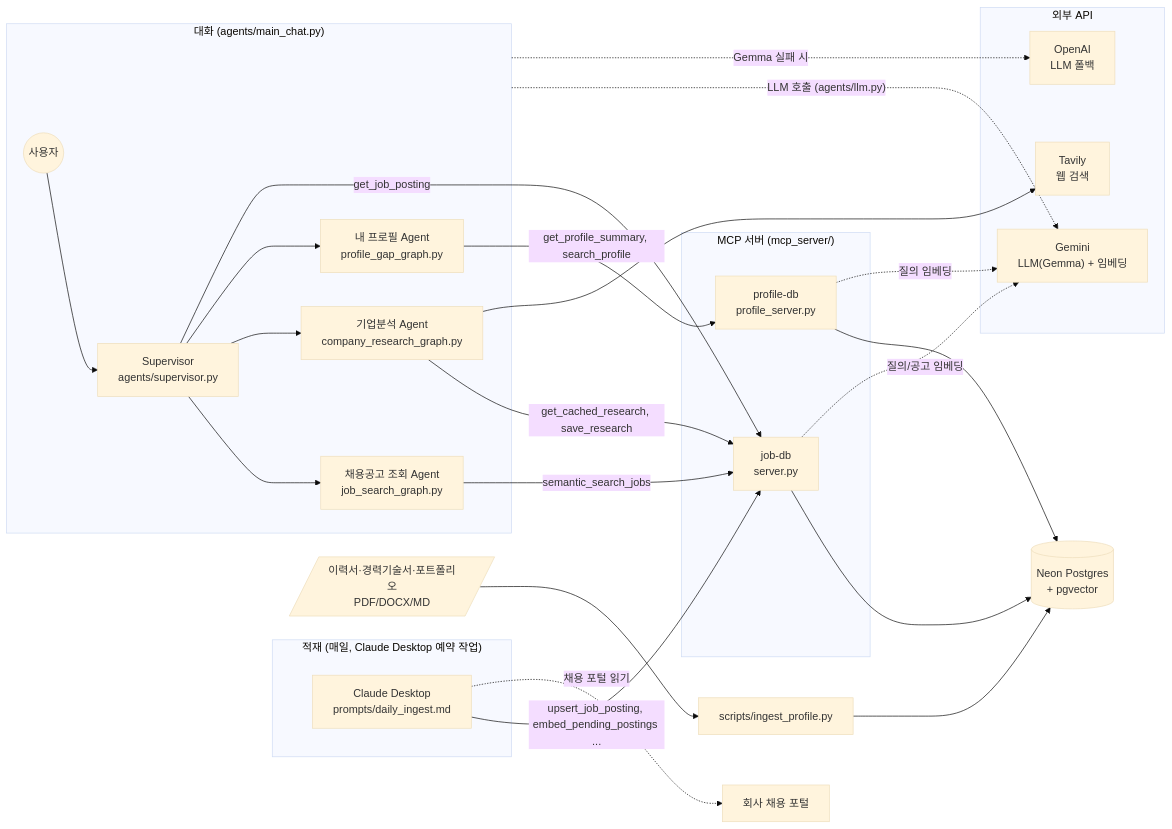
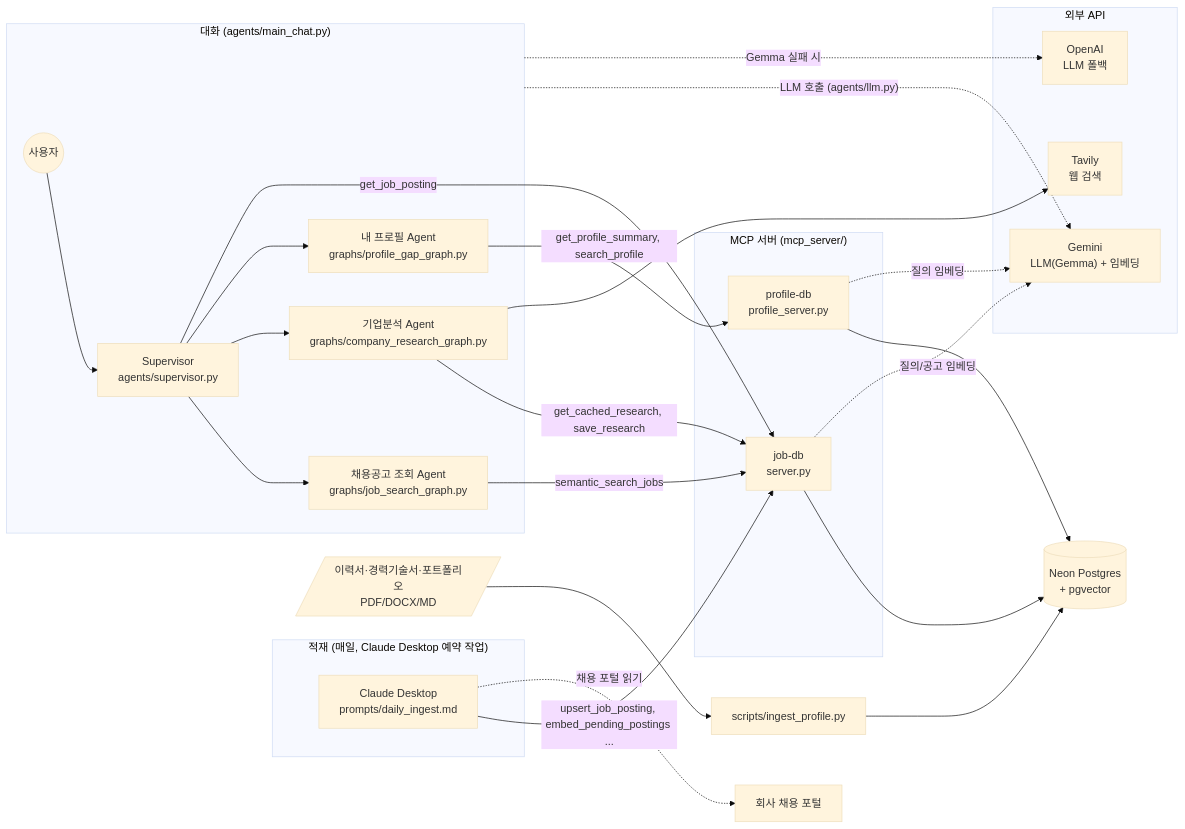
Before and after one commit to hymn-fly/recruit-posting-agent: the first of 5 diagrams in README.md, drawn with Mermaid (base theme). The commit also changed other lines of this file and 17 other files, not shown here.

First line of the commit message:
Agent 그래프를 agents/graphs/로 분리하고 Tavily 실패 로그 버그 수정

````diff
--- a/README.md
+++ b/README.md
@@ -76,43 +82,43 @@
 ```mermaid
 flowchart LR
     subgraph Ingest["적재 (매일, Claude Desktop 예약 작업)"]
         CD["Claude Desktop<br/>prompts/daily_ingest.md"]
     end
 
     subgraph Chat["대화 (agents/main_chat.py)"]
         U(("사용자")) --> SV["Supervisor<br/>agents/supervisor.py"]
-        SV --> JS["채용공고 조회 Agent<br/>job_search_graph.py"]
-        SV --> CR["기업분석 Agent<br/>company_research_graph.py"]
-        SV --> PG["내 프로필 Agent<br/>profile_gap_graph.py"]
+        SV --> JS["채용공고 조회 Agent<br/>graphs/job_search_graph.py"]
+        SV --> CR["기업분석 Agent<br/>graphs/company_research_graph.py"]
+        SV --> PG["내 프로필 Agent<br/>graphs/profile_gap_graph.py"]
     end
 
     subgraph MCP["MCP 서버 (mcp_server/)"]
         JDB["job-db<br/>server.py"]
         PDB["profile-db<br/>profile_server.py"]
     end
 
     subgraph Ext["외부 API"]
         GEM["Gemini<br/>LLM(Gemma) + 임베딩"]
         OAI["OpenAI<br/>LLM 폴백"]
         TAV["Tavily<br/>웹 검색"]
     end
 
     DB[("Neon Postgres<br/>+ pgvector")]
     SCR["scripts/ingest_profile.py"]
     FILES[/"이력서·경력기술서·포트폴리오<br/>PDF/DOCX/MD"/]
 
     CD -- "upsert_job_posting, embed_pending_postings ..." --> JDB
     CD -. "채용 포털 읽기" .-> WEB["회사 채용 포털"]
     JS -- semantic_search_jobs --> JDB
     CR -- "get_cached_research, save_research" --> JDB
     CR --> TAV
     PG -- "get_profile_summary, search_profile" --> PDB
     SV -- "get_job_posting" --> JDB
     FILES --> SCR --> DB
     JDB --> DB
     PDB --> DB
     JDB -. "질의/공고 임베딩" .-> GEM
     PDB -. "질의 임베딩" .-> GEM
     Chat -. "LLM 호출 (agents/llm.py)" .-> GEM
     Chat -. "Gemma 실패 시" .-> OAI
 ```
````
